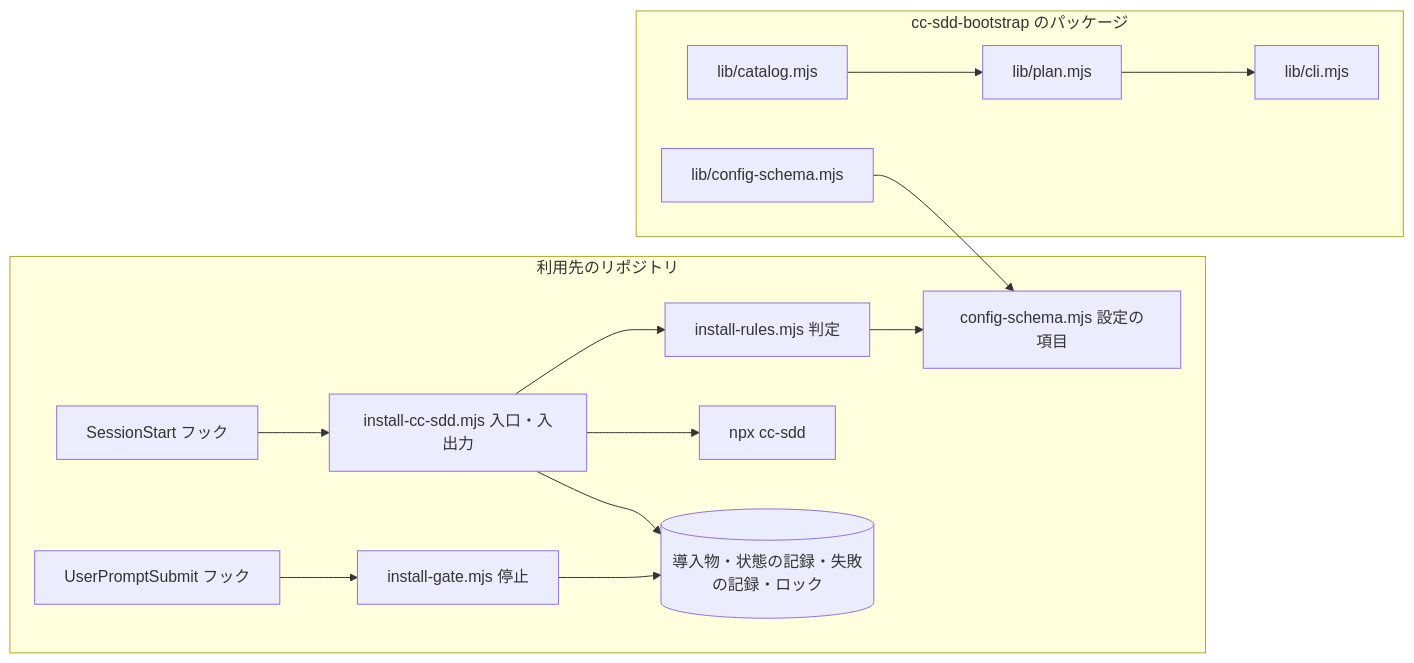
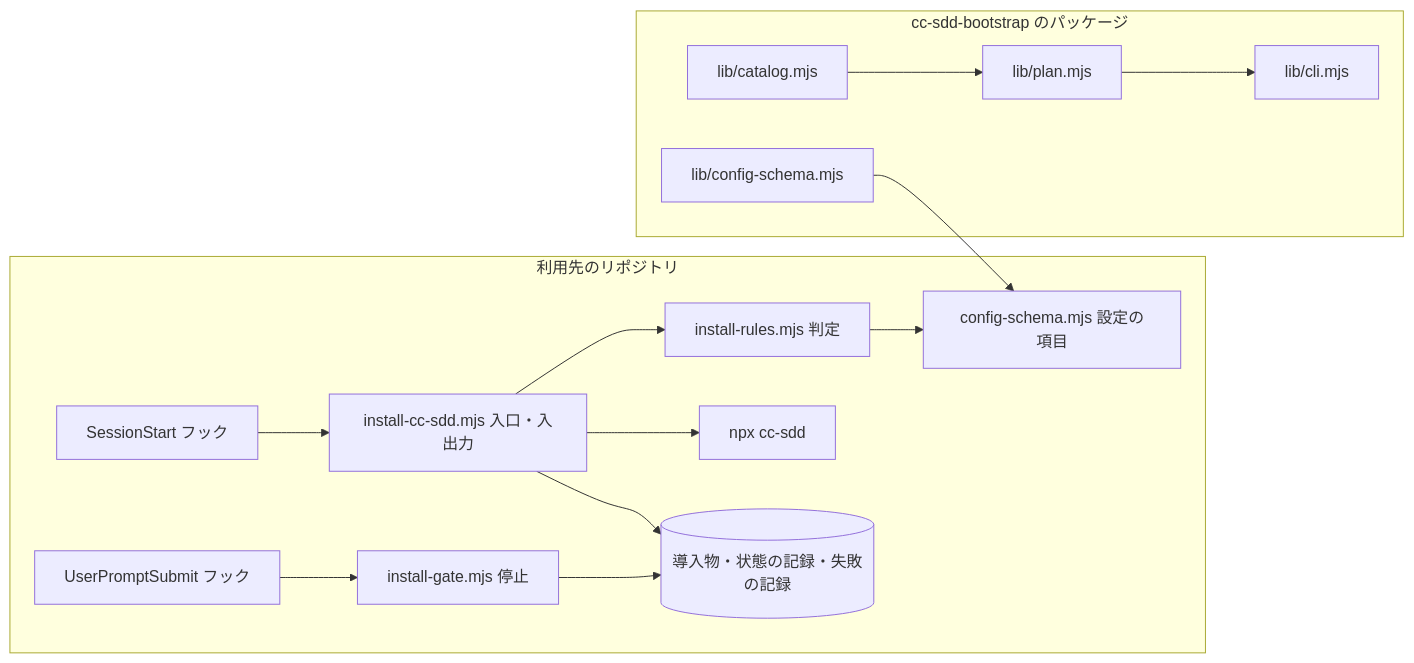
One commit to nekono-dev/cc-sdd-bootstrap changed the first of 2 diagrams in .kiro/specs/session-install/design.md. Above: the diagram before and after it, drawn with Mermaid. The commit also changed other lines of this file and 4 other files, not shown here.

````diff
--- a/.kiro/specs/session-install/design.md
+++ b/.kiro/specs/session-install/design.md
@@ -61,17 +64,17 @@
 ```mermaid
 graph LR
   subgraph 利用先のリポジトリ
     SS[SessionStart フック] --> Entry[install-cc-sdd.mjs 入口・入出力]
     Entry --> Rules[install-rules.mjs 判定]
     Rules --> Schema[config-schema.mjs 設定の項目]
     Entry --> Npx[npx cc-sdd]
-    Entry --> Files[(導入物・状態の記録・失敗の記録・ロック)]
+    Entry --> Files[(導入物・状態の記録・失敗の記録)]
     UPS[UserPromptSubmit フック] --> Gate[install-gate.mjs 停止]
     Gate --> Files
   end
   subgraph cc-sdd-bootstrap のパッケージ
     LibSchema[lib/config-schema.mjs] --> Schema
     Catalog[lib/catalog.mjs] --> Plan[lib/plan.mjs]
     Plan --> Cli[lib/cli.mjs]
   end
 ```
````
